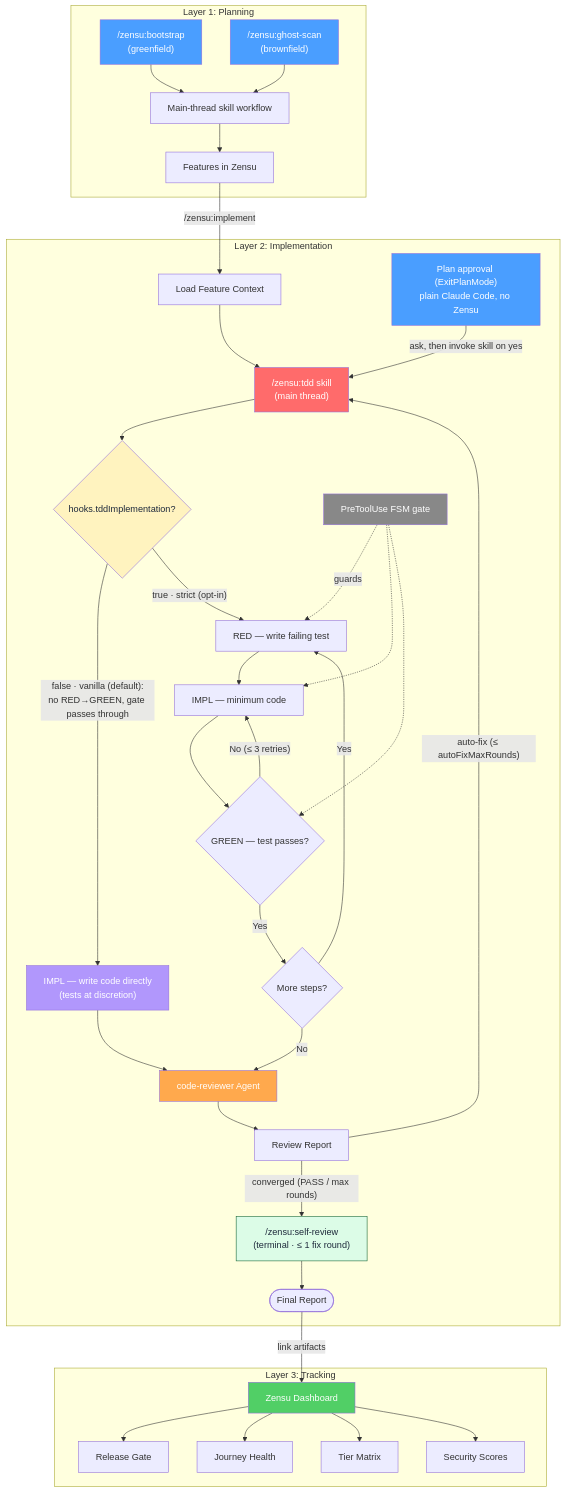
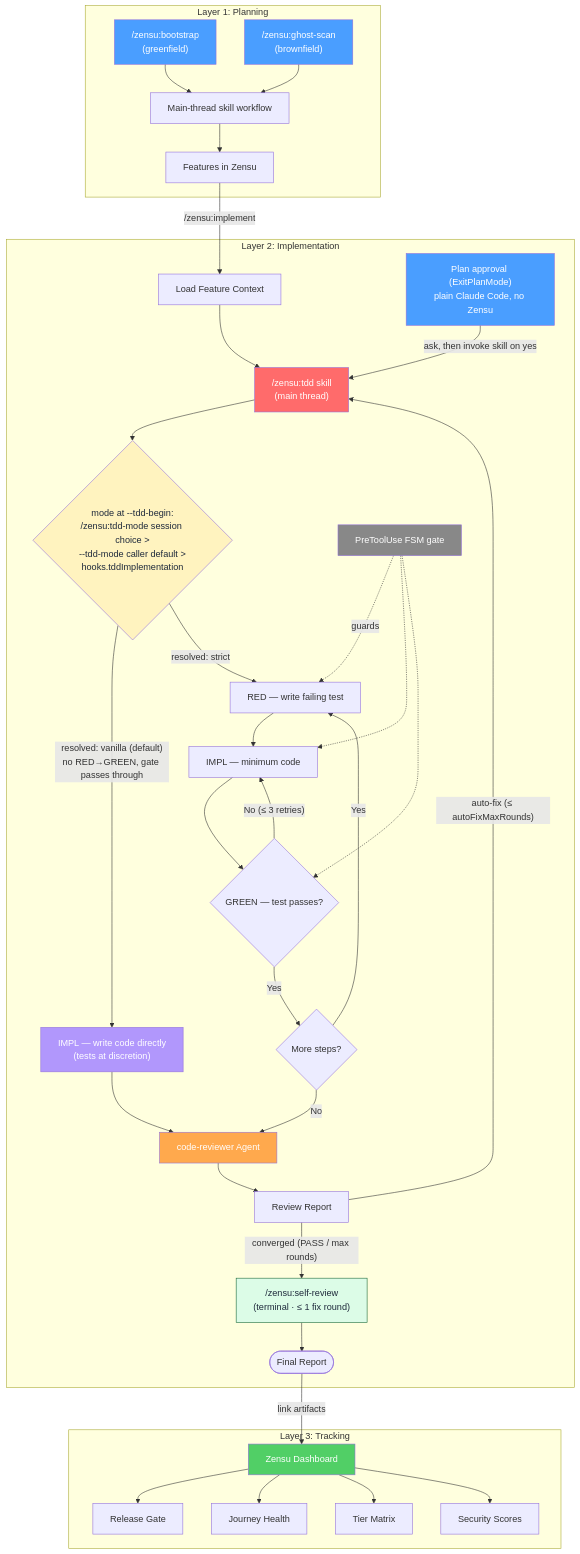
The diagram in docs/architecture.md (MKITConsulting/zensu-claude-code), drawn with Mermaid before and after one commit. The commit also changed other lines of this file and 22 other files, not shown here.

````diff
--- a/docs/architecture.md
+++ b/docs/architecture.md
@@ -30,50 +32,50 @@
 ```mermaid
 flowchart TD
     subgraph Planning["Layer 1: Planning"]
         A1["/zensu:bootstrap<br/>(greenfield)"] --> B["Main-thread skill workflow"]
         A2["/zensu:ghost-scan<br/>(brownfield)"] --> B
         B --> C["Features in Zensu"]
     end
 
     subgraph Implementation["Layer 2: Implementation"]
         C -->|"/zensu:implement"| D["Load Feature Context"]
         PLAIN["Plan approval (ExitPlanMode)<br/>plain Claude Code, no Zensu"] -->|"ask, then invoke skill on yes"| E
         D --> E["/zensu:tdd skill<br/>(main thread)"]
-        E --> MODE{"hooks.tddImplementation?"}
-        MODE -->|"false · vanilla (default):<br/>no RED→GREEN, gate passes through"| VAN["IMPL — write code directly<br/>(tests at discretion)"]
-        MODE -->|"true · strict (opt-in)"| RED["RED — write failing test"]
+        E --> MODE{"mode at --tdd-begin:<br/>/zensu:tdd-mode session choice ><br/>--tdd-mode caller default ><br/>hooks.tddImplementation"}
+        MODE -->|"resolved: vanilla (default)<br/>no RED→GREEN, gate passes through"| VAN["IMPL — write code directly<br/>(tests at discretion)"]
+        MODE -->|"resolved: strict"| RED["RED — write failing test"]
         VAN --> K
         RED --> IMPL["IMPL — minimum code"]
         IMPL --> GREEN{"GREEN — test passes?"}
         GREEN -->|"No (≤ 3 retries)"| IMPL
         GREEN -->|"Yes"| NEXT{"More steps?"}
         NEXT -->|"Yes"| RED
         NEXT -->|"No"| K["code-reviewer Agent"]
         K --> L["Review Report"]
         L -->|"auto-fix (≤ autoFixMaxRounds)"| E
         L -->|"converged (PASS / max rounds)"| SR["/zensu:self-review<br/>(terminal · ≤ 1 fix round)"]
         SR --> FR(["Final Report"])
         GATE["PreToolUse FSM gate"] -.guards.-> RED
         GATE -.-> IMPL
         GATE -.-> GREEN
     end
 
     subgraph Tracking["Layer 3: Tracking"]
         FR -->|"link artifacts"| M["Zensu Dashboard"]
         M --> Q["Release Gate"]
         M --> P["Journey Health"]
         M --> O["Tier Matrix"]
         M --> N["Security Scores"]
     end
 
     style A1 fill:#4a9eff,color:#fff
     style A2 fill:#4a9eff,color:#fff
     style PLAIN fill:#4a9eff,color:#fff
     style E fill:#ff6b6b,color:#fff
     style MODE fill:#fff3bf,color:#1e293b
     style VAN fill:#b197fc,color:#fff
     style GATE fill:#888,color:#fff
     style K fill:#ffa94d,color:#fff
     style SR fill:#dcfce7,stroke:#166534,color:#1e293b
     style M fill:#51cf66,color:#fff
 ```
````
